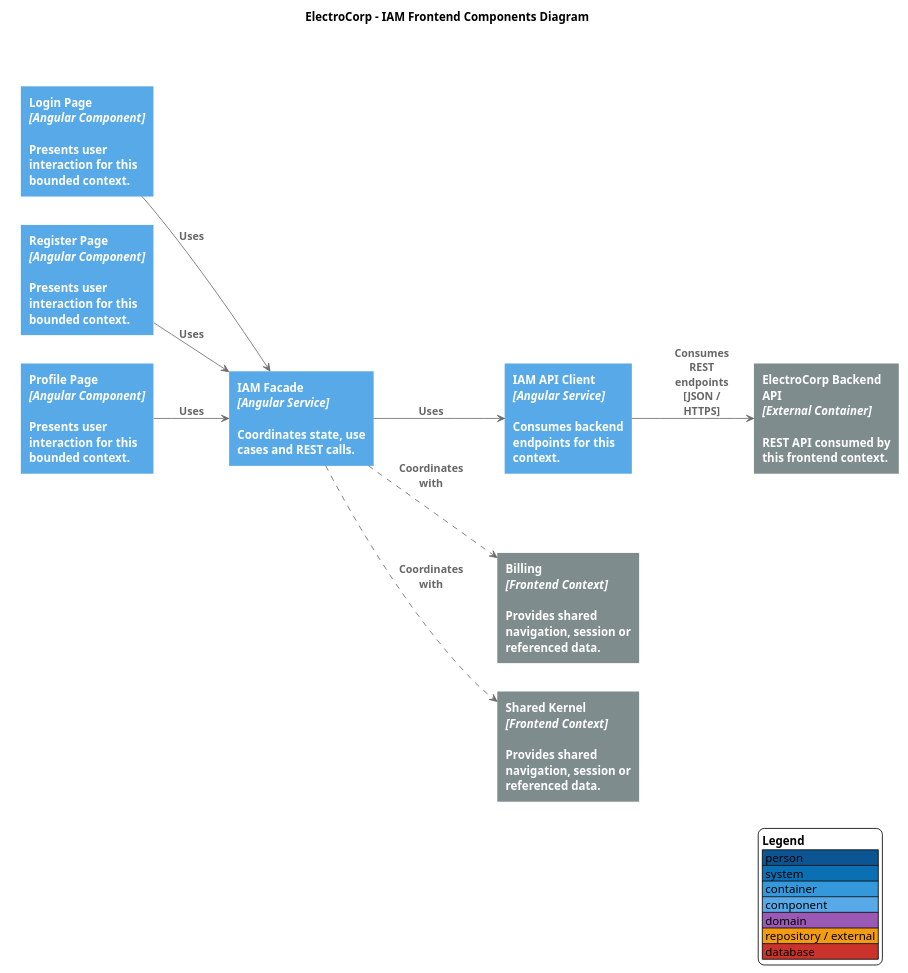
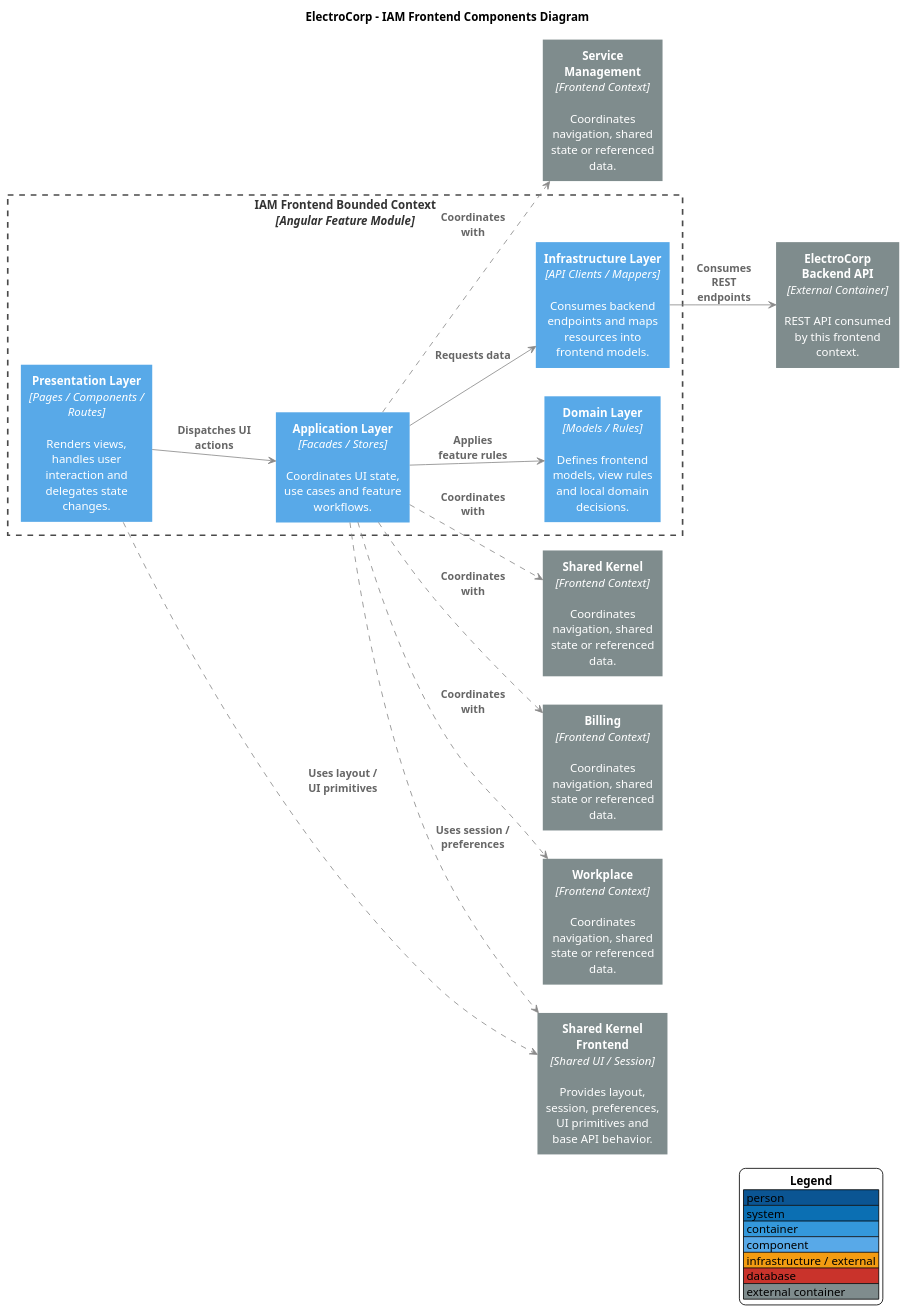
One commit to upc-pre-202610-1asi0729-11896-ecorp/electrocorp-report changed the diagram in docs/diagrams/components/frontend/bounded-contexts/iam-frontend-components.puml. Above: the diagram before and after it, drawn with PlantUML. The commit also changed 29 other files, not shown here.

Commit message:
docs(c4): reorganize component diagrams by context and layers

```diff
--- a/docs/diagrams/components/frontend/bounded-contexts/iam-frontend-components.puml
+++ b/docs/diagrams/components/frontend/bounded-contexts/iam-frontend-components.puml
@@ -1,55 +1,76 @@
 @startuml
 skinparam backgroundColor #FFFFFF
 skinparam shadowing false
 skinparam defaultFontName Arial
-skinparam wrapWidth 170
-skinparam maxMessageSize 90
-skinparam ArrowColor #6B6B6B
+skinparam defaultTextAlignment center
+skinparam wrapWidth 145
+skinparam maxMessageSize 95
+skinparam ArrowColor #8A8A8A
 skinparam ArrowFontColor #666666
 skinparam ArrowFontStyle bold
+skinparam ArrowThickness 1
 skinparam rectangleRoundCorner 0
 skinparam rectangleBorderThickness 0
 skinparam rectangleFontColor #FFFFFF
-skinparam rectangleFontStyle bold
-skinparam packageStyle rectangle
-skinparam packageBorderColor #555555
-skinparam packageBackgroundColor transparent
-skinparam packageFontColor #444444
-skinparam packageFontStyle bold
+skinparam rectangleFontStyle plain
+skinparam rectangle {
+  BorderThickness 0
+}
+skinparam rectangle<<BoundedContext>> {
+  BackgroundColor transparent
+  BorderColor #4A4A4A
+  BorderThickness 2
+  BorderStyle dashed
+  FontColor #333333
+  FontStyle bold
+}
 skinparam databaseBackgroundColor #C9332B
 skinparam databaseBorderColor #C9332B
 skinparam databaseFontColor #FFFFFF
+skinparam databaseFontStyle plain
 hide stereotype
-title ElectroCorp - IAM Frontend Components Diagram
 left to right direction
 
-package "IAM Frontend Bounded Context\n[container]" {
-  rectangle "<b>Login Page</b>\n<i>[Angular Component]</i>\n\nPresents user interaction for this bounded context." as P0 #58A9E8
-  rectangle "<b>Register Page</b>\n<i>[Angular Component]</i>\n\nPresents user interaction for this bounded context." as P1 #58A9E8
-  rectangle "<b>Profile Page</b>\n<i>[Angular Component]</i>\n\nPresents user interaction for this bounded context." as P2 #58A9E8
-  rectangle "<b>IAM Facade</b>\n<i>[Angular Service]</i>\n\nCoordinates state, use cases and REST calls." as Facade #58A9E8
-  rectangle "<b>IAM API Client</b>\n<i>[Angular Service]</i>\n\nConsumes backend endpoints for this context." as Client #58A9E8
+title ElectroCorp - IAM Frontend Components Diagram
+
+rectangle "<b>IAM Frontend Bounded Context</b>\n<i>[Angular Feature Module]</i>" as Boundary <<BoundedContext>> {
+  rectangle "<b>Presentation Layer</b>\n<i>[Pages / Components / Routes]</i>\n\nRenders views, handles user interaction and delegates state changes." as Presentation #58A9E8
+  rectangle "<b>Application Layer</b>\n<i>[Facades / Stores]</i>\n\nCoordinates UI state, use cases and feature workflows." as Application #58A9E8
+  rectangle "<b>Domain Layer</b>\n<i>[Models / Rules]</i>\n\nDefines frontend models, view rules and local domain decisions." as Domain #58A9E8
+  rectangle "<b>Infrastructure Layer</b>\n<i>[API Clients / Mappers]</i>\n\nConsumes backend endpoints and maps resources into frontend models." as Infrastructure #58A9E8
 }
+
 rectangle "<b>ElectroCorp Backend API</b>\n<i>[External Container]</i>\n\nREST API consumed by this frontend context." as Backend #7F8C8D
-package "Connected Frontend Contexts\n[external containers]" {
-  rectangle "<b>Billing</b>\n<i>[Frontend Context]</i>\n\nProvides shared navigation, session or referenced data." as Dep0 #7F8C8D
-  rectangle "<b>Shared Kernel</b>\n<i>[Frontend Context]</i>\n\nProvides shared navigation, session or referenced data." as Dep1 #7F8C8D
-}
-P0 --> Facade : Uses
-P1 --> Facade : Uses
-P2 --> Facade : Uses
-Facade --> Client : Uses
-Client --> Backend : Consumes REST endpoints\n[JSON / HTTPS]
-Facade ..> Dep0 : Coordinates with
-Facade ..> Dep1 : Coordinates with
+rectangle "<b>Shared Kernel Frontend</b>\n<i>[Shared UI / Session]</i>\n\nProvides layout, session, preferences, UI primitives and base API behavior." as Shared #7F8C8D
+rectangle "<b>Shared Kernel</b>\n<i>[Frontend Context]</i>\n\nCoordinates navigation, shared state or referenced data." as Dep0 #7F8C8D
+rectangle "<b>Billing</b>\n<i>[Frontend Context]</i>\n\nCoordinates navigation, shared state or referenced data." as Dep1 #7F8C8D
+rectangle "<b>Workplace</b>\n<i>[Frontend Context]</i>\n\nCoordinates navigation, shared state or referenced data." as Dep2 #7F8C8D
+rectangle "<b>Service Management</b>\n<i>[Frontend Context]</i>\n\nCoordinates navigation, shared state or referenced data." as Dep3 #7F8C8D
+
+Presentation --> Application : Dispatches UI actions
+Application --> Domain : Applies feature rules
+Application --> Infrastructure : Requests data
+Infrastructure --> Backend : Consumes REST endpoints
+Presentation ..> Shared : Uses layout / UI primitives
+Application ..> Shared : Uses session / preferences
+Application ..> Dep0 : Coordinates with
+Application ..> Dep1 : Coordinates with
+Application ..> Dep2 : Coordinates with
+Application ..> Dep3 : Coordinates with
+
+Presentation -[hidden]right- Application
+Application -[hidden]right- Domain
+Domain -[hidden]right- Infrastructure
+
 legend right
   <b>Legend</b>
   |<#0B5593> person |
   |<#0B6FB3> system |
   |<#3498DB> container |
   |<#58A9E8> component |
-  |<#9B59B6> domain |
-  |<#F39C12> repository / external |
+  |<#F39C12> infrastructure / external |
   |<#C9332B> database |
+  |<#7F8C8D> external container |
 endlegend
+
 @enduml
```
